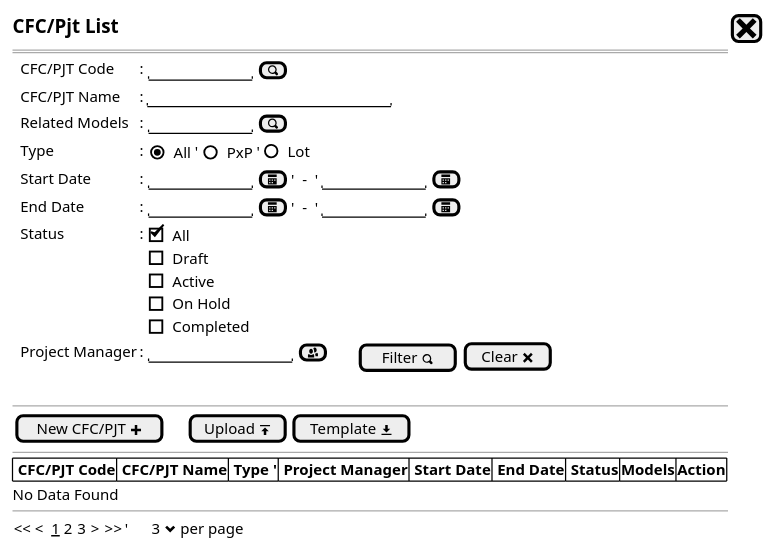
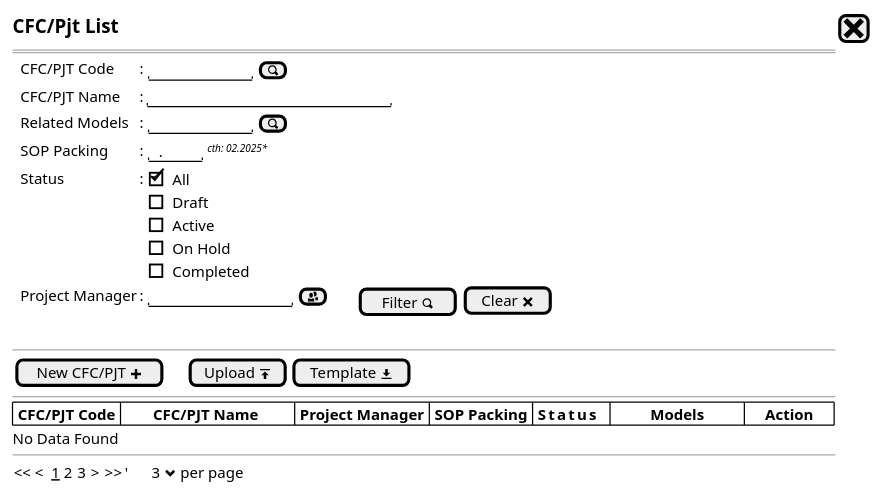
One commit to ari-fikri/packing-cost-mockup changed the diagram in Project/project - new step0.puml. Above: the diagram before and after it, drawn with PlantUML. The commit also changed 5 other files, not shown here.

Commit message:
Rev 1 for Project - Remove Type (lot/pxp) - Realigning the tables and padding with NBSP

```diff
--- a/Project/project - new step0.puml
+++ b/Project/project - new step0.puml
@@ -1,37 +1,35 @@
 @startsalt
 {
   <size:15><b>CFC/Pjt List|[<size:25><&x>]|*
   ==
   {
     .|CFC/PJT Code      |: {|"          "|[<&magnifying-glass>]|}*
     .|CFC/PJT Name      |: |"                        "|*    
     .|Related Models    |: {|"          "| [<&magnifying-glass>]|}*
-    .|Type              |: {|{(X)All}   '|    {()PxP}        '|   ()Lot}
-    .|Start Date        |: {"          "|[<&calendar>] |'  -  '| "          "|[<&calendar>]  }*
-    .|End Date          |: {"          "|[<&calendar>] |'  -  '| "          "|[<&calendar>]  }*
+    .|SOP Packing        |: {"  .  "| | <size:8><i>cth: 02.2025* }
     .|Status |:|
     {
       [X] All
       [] Draft
       [] Active
       [] On Hold
       [] Completed
     }|*
     .|Project Manager |: {|"              "|[<&people>]|.|.|.|.||[Filter <&magnifying-glass>]}|[Clear <&x>]
   }
   .
   --
   {
   [New CFC/PJT <&plus>]|.|.|.|[Upload <&data-transfer-upload>]| [Template <&data-transfer-download>]|*
   }
   --
   {#
-    |<b> CFC/PJT Code|<b> CFC/PJT Name          |<b> Type '|<b> Project Manager         |<b> Start Date |<b> End Date   |<b> Status     |<b>Models     |<b>Action |*|*|*|*|*|*|*
+    | <b>CFC/PJT Code |        <b>CFC/PJT Name         | <b>Project Manager | <b>SOP Packing | <b>Status      |          <b>Models          |<b>     Action      |*|*|*
   }
   No Data Found
   --
   {
   << <  __1__ 2 3  > >>  |'      3 <&chevron-bottom> per page |*
   }
 }
 @endsalt
```
